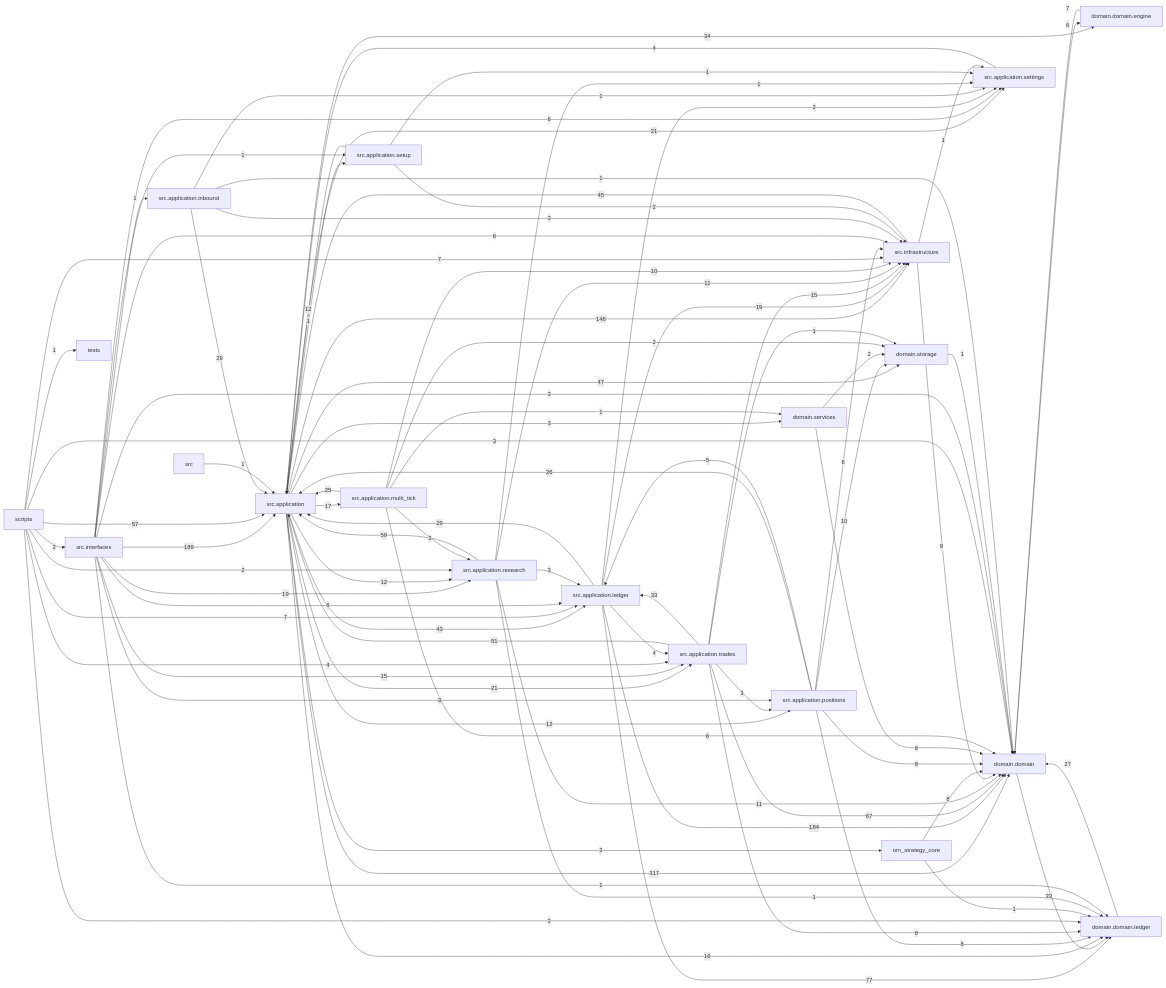
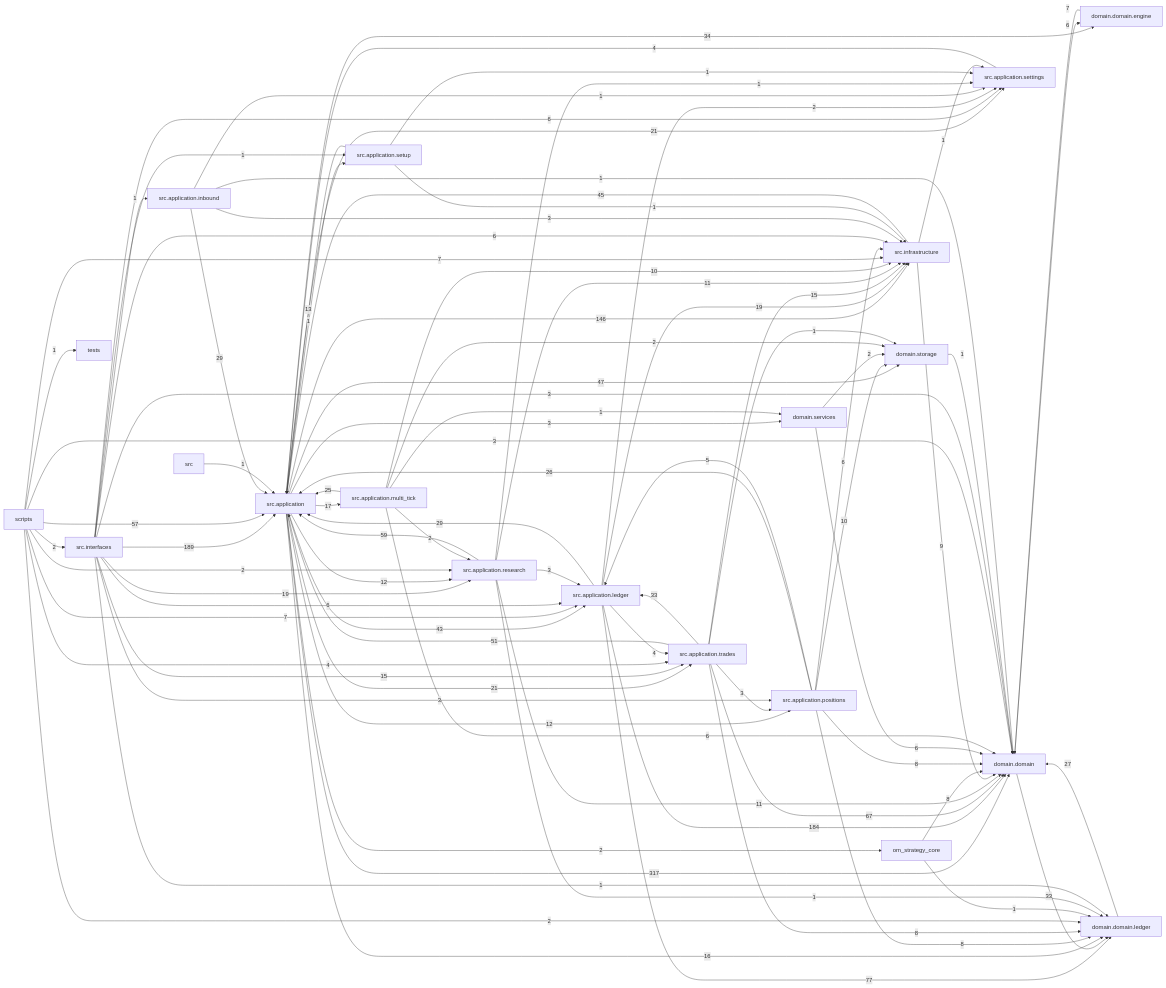
Before and after one commit to liuxie066/options-monitor: the diagram in docs/dependency_graph.mmd, drawn with Mermaid. The commit also changed 4 other files, not shown here.

```diff
--- a/docs/dependency_graph.mmd
+++ b/docs/dependency_graph.mmd
@@ -1,87 +1,87 @@
 flowchart LR
   src_application["src.application"] -->|317| domain_domain["domain.domain"]
   src_interfaces["src.interfaces"] -->|189| src_application["src.application"]
   src_application_ledger["src.application.ledger"] -->|184| domain_domain["domain.domain"]
   src_application["src.application"] -->|146| src_infrastructure["src.infrastructure"]
   src_application_ledger["src.application.ledger"] -->|77| domain_domain_ledger["domain.domain.ledger"]
   src_application_trades["src.application.trades"] -->|67| domain_domain["domain.domain"]
   src_application_research["src.application.research"] -->|59| src_application["src.application"]
   scripts["scripts"] -->|57| src_application["src.application"]
   src_application_trades["src.application.trades"] -->|51| src_application["src.application"]
   src_application["src.application"] -->|47| domain_storage["domain.storage"]
   src_infrastructure["src.infrastructure"] -->|45| src_application["src.application"]
   src_application["src.application"] -->|43| src_application_ledger["src.application.ledger"]
   src_application["src.application"] -->|34| domain_domain_engine["domain.domain.engine"]
   domain_domain["domain.domain"] -->|33| domain_domain_ledger["domain.domain.ledger"]
   src_application_trades["src.application.trades"] -->|33| src_application_ledger["src.application.ledger"]
   src_application_inbound["src.application.inbound"] -->|29| src_application["src.application"]
   src_application_ledger["src.application.ledger"] -->|29| src_application["src.application"]
   domain_domain_ledger["domain.domain.ledger"] -->|27| domain_domain["domain.domain"]
   src_application_positions["src.application.positions"] -->|26| src_application["src.application"]
   src_application_multi_tick["src.application.multi_tick"] -->|25| src_application["src.application"]
   src_application["src.application"] -->|21| src_application_settings["src.application.settings"]
   src_application["src.application"] -->|21| src_application_trades["src.application.trades"]
   src_application_ledger["src.application.ledger"] -->|19| src_infrastructure["src.infrastructure"]
   src_interfaces["src.interfaces"] -->|19| src_application_research["src.application.research"]
   src_application["src.application"] -->|17| src_application_multi_tick["src.application.multi_tick"]
   src_application["src.application"] -->|16| domain_domain_ledger["domain.domain.ledger"]
   src_application_trades["src.application.trades"] -->|15| src_infrastructure["src.infrastructure"]
   src_interfaces["src.interfaces"] -->|15| src_application_trades["src.application.trades"]
+  src_application_setup["src.application.setup"] -->|13| src_application["src.application"]
   src_application["src.application"] -->|12| src_application_positions["src.application.positions"]
   src_application["src.application"] -->|12| src_application_research["src.application.research"]
-  src_application_setup["src.application.setup"] -->|12| src_application["src.application"]
   src_application_research["src.application.research"] -->|11| domain_domain["domain.domain"]
   src_application_research["src.application.research"] -->|11| src_infrastructure["src.infrastructure"]
   src_application_multi_tick["src.application.multi_tick"] -->|10| src_infrastructure["src.infrastructure"]
   src_application_positions["src.application.positions"] -->|10| domain_storage["domain.storage"]
   src_infrastructure["src.infrastructure"] -->|9| domain_domain["domain.domain"]
   om_strategy_core["om_strategy_core"] -->|8| domain_domain["domain.domain"]
   src_application_positions["src.application.positions"] -->|8| domain_domain["domain.domain"]
   src_application_positions["src.application.positions"] -->|8| domain_domain_ledger["domain.domain.ledger"]
   src_application_trades["src.application.trades"] -->|8| domain_domain_ledger["domain.domain.ledger"]
   domain_domain_engine["domain.domain.engine"] -->|7| domain_domain["domain.domain"]
   scripts["scripts"] -->|7| src_application_ledger["src.application.ledger"]
   scripts["scripts"] -->|7| src_infrastructure["src.infrastructure"]
   domain_domain["domain.domain"] -->|6| domain_domain_engine["domain.domain.engine"]
   domain_services["domain.services"] -->|6| domain_domain["domain.domain"]
   src_application_multi_tick["src.application.multi_tick"] -->|6| domain_domain["domain.domain"]
   src_application_positions["src.application.positions"] -->|6| src_infrastructure["src.infrastructure"]
   src_interfaces["src.interfaces"] -->|6| src_application_ledger["src.application.ledger"]
   src_interfaces["src.interfaces"] -->|6| src_application_settings["src.application.settings"]
   src_interfaces["src.interfaces"] -->|6| src_infrastructure["src.infrastructure"]
   src_application_positions["src.application.positions"] -->|5| src_application_ledger["src.application.ledger"]
   scripts["scripts"] -->|4| src_application_trades["src.application.trades"]
   src_application_ledger["src.application.ledger"] -->|4| src_application_trades["src.application.trades"]
   src_application_settings["src.application.settings"] -->|4| src_application["src.application"]
   scripts["scripts"] -->|3| domain_domain["domain.domain"]
   src_application["src.application"] -->|3| domain_services["domain.services"]
   src_application_inbound["src.application.inbound"] -->|3| src_infrastructure["src.infrastructure"]
   src_application_research["src.application.research"] -->|3| src_application_ledger["src.application.ledger"]
   src_application_trades["src.application.trades"] -->|3| src_application_positions["src.application.positions"]
   src_interfaces["src.interfaces"] -->|3| domain_domain["domain.domain"]
   src_interfaces["src.interfaces"] -->|3| src_application_positions["src.application.positions"]
   domain_services["domain.services"] -->|2| domain_storage["domain.storage"]
   scripts["scripts"] -->|2| domain_domain_ledger["domain.domain.ledger"]
   scripts["scripts"] -->|2| src_application_research["src.application.research"]
   scripts["scripts"] -->|2| src_interfaces["src.interfaces"]
   src_application["src.application"] -->|2| om_strategy_core["om_strategy_core"]
   src_application_ledger["src.application.ledger"] -->|2| src_application_settings["src.application.settings"]
   src_application_multi_tick["src.application.multi_tick"] -->|2| domain_storage["domain.storage"]
   src_application_multi_tick["src.application.multi_tick"] -->|2| src_application_research["src.application.research"]
-  src_application_setup["src.application.setup"] -->|2| src_infrastructure["src.infrastructure"]
   domain_storage["domain.storage"] -->|1| domain_domain["domain.domain"]
   om_strategy_core["om_strategy_core"] -->|1| domain_domain_ledger["domain.domain.ledger"]
   scripts["scripts"] -->|1| tests["tests"]
   src["src"] -->|1| src_application["src.application"]
   src_application["src.application"] -->|1| src_application_setup["src.application.setup"]
   src_application_inbound["src.application.inbound"] -->|1| domain_domain["domain.domain"]
   src_application_inbound["src.application.inbound"] -->|1| src_application_settings["src.application.settings"]
   src_application_multi_tick["src.application.multi_tick"] -->|1| domain_services["domain.services"]
   src_application_research["src.application.research"] -->|1| domain_domain_ledger["domain.domain.ledger"]
   src_application_research["src.application.research"] -->|1| src_application_settings["src.application.settings"]
   src_application_setup["src.application.setup"] -->|1| src_application_settings["src.application.settings"]
+  src_application_setup["src.application.setup"] -->|1| src_infrastructure["src.infrastructure"]
   src_application_trades["src.application.trades"] -->|1| domain_storage["domain.storage"]
   src_infrastructure["src.infrastructure"] -->|1| src_application_settings["src.application.settings"]
   src_interfaces["src.interfaces"] -->|1| domain_domain_ledger["domain.domain.ledger"]
   src_interfaces["src.interfaces"] -->|1| src_application_inbound["src.application.inbound"]
   src_interfaces["src.interfaces"] -->|1| src_application_setup["src.application.setup"]
```
